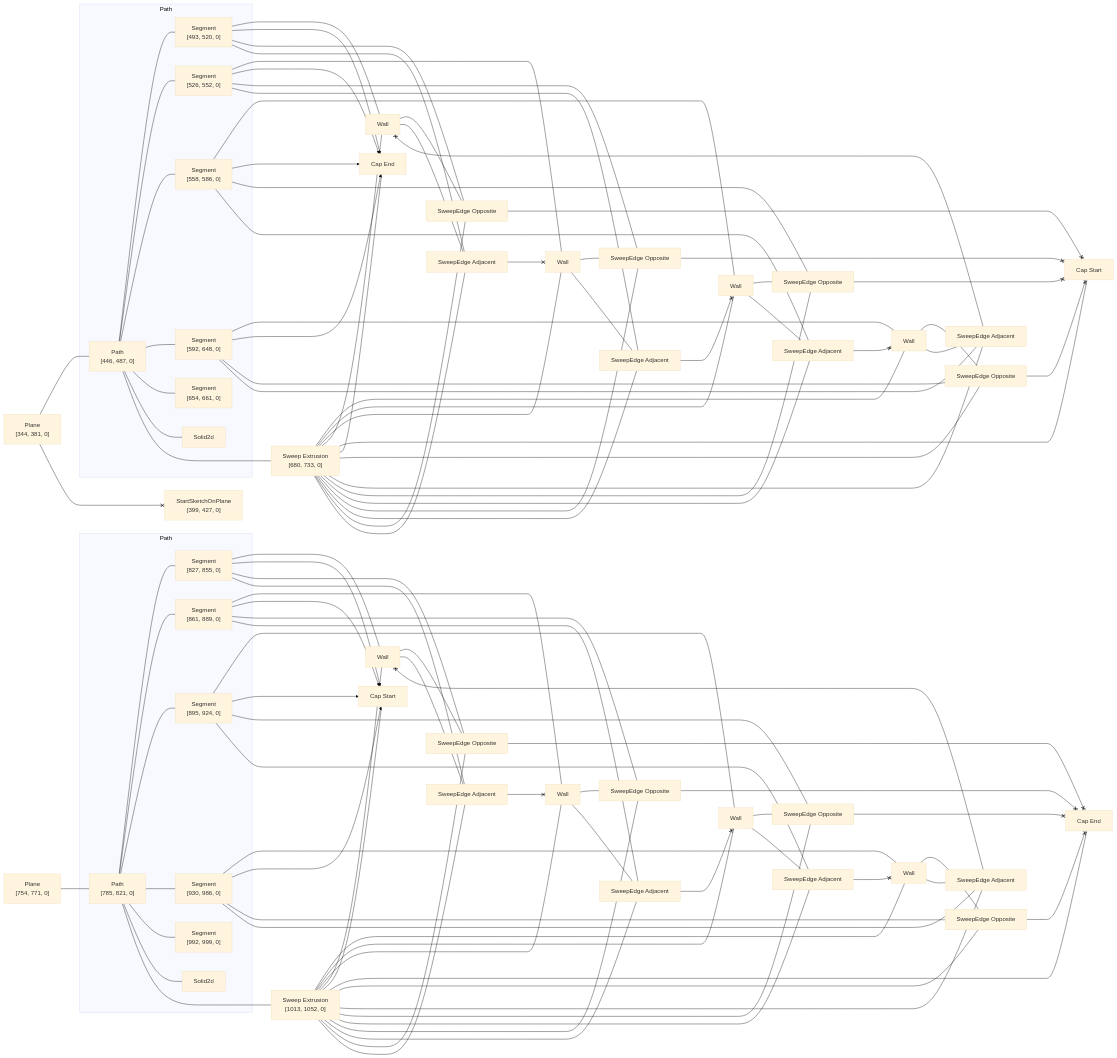
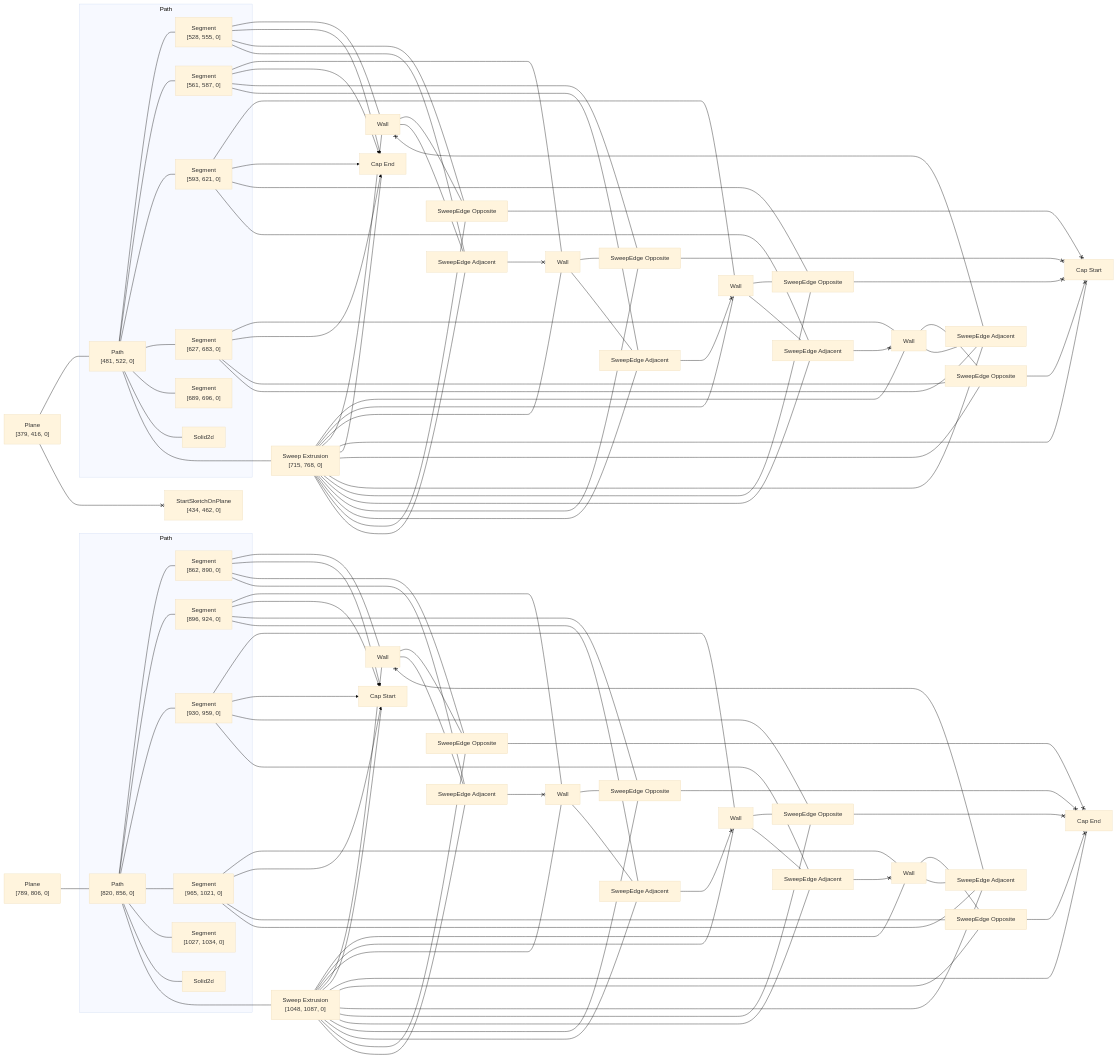
One commit to KittyCAD/modeling-app changed the diagram in rust/kcl-lib/tests/kcl_samples/rectangle-table/artifact_graph_flowchart.snap.md. Above: the diagram before and after it, drawn with Mermaid (base theme). The commit also changed 319 other files, not shown here.

````diff
--- a/rust/kcl-lib/tests/kcl_samples/rectangle-table/artifact_graph_flowchart.snap.md
+++ b/rust/kcl-lib/tests/kcl_samples/rectangle-table/artifact_graph_flowchart.snap.md
@@ -1,38 +1,38 @@
 ```mermaid
 flowchart LR
   subgraph path2 [Path]
-    2["Path<br>[446, 487, 0]"]
+    2["Path<br>[481, 522, 0]"]
       %% [ProgramBodyItem { index: 8 }, VariableDeclarationDeclaration, VariableDeclarationInit, PipeBodyItem { index: 0 }]
-    3["Segment<br>[493, 520, 0]"]
+    3["Segment<br>[528, 555, 0]"]
       %% [ProgramBodyItem { index: 8 }, VariableDeclarationDeclaration, VariableDeclarationInit, PipeBodyItem { index: 1 }]
-    4["Segment<br>[526, 552, 0]"]
+    4["Segment<br>[561, 587, 0]"]
       %% [ProgramBodyItem { index: 8 }, VariableDeclarationDeclaration, VariableDeclarationInit, PipeBodyItem { index: 2 }]
-    5["Segment<br>[558, 586, 0]"]
+    5["Segment<br>[593, 621, 0]"]
       %% [ProgramBodyItem { index: 8 }, VariableDeclarationDeclaration, VariableDeclarationInit, PipeBodyItem { index: 3 }]
-    6["Segment<br>[592, 648, 0]"]
+    6["Segment<br>[627, 683, 0]"]
       %% [ProgramBodyItem { index: 8 }, VariableDeclarationDeclaration, VariableDeclarationInit, PipeBodyItem { index: 4 }]
-    7["Segment<br>[654, 661, 0]"]
+    7["Segment<br>[689, 696, 0]"]
       %% [ProgramBodyItem { index: 8 }, VariableDeclarationDeclaration, VariableDeclarationInit, PipeBodyItem { index: 5 }]
     8[Solid2d]
   end
   subgraph path25 [Path]
-    25["Path<br>[785, 821, 0]"]
+    25["Path<br>[820, 856, 0]"]
       %% [ProgramBodyItem { index: 11 }, VariableDeclarationDeclaration, VariableDeclarationInit, PipeBodyItem { index: 0 }]
-    26["Segment<br>[827, 855, 0]"]
+    26["Segment<br>[862, 890, 0]"]
       %% [ProgramBodyItem { index: 11 }, VariableDeclarationDeclaration, VariableDeclarationInit, PipeBodyItem { index: 1 }]
-    27["Segment<br>[861, 889, 0]"]
+    27["Segment<br>[896, 924, 0]"]
       %% [ProgramBodyItem { index: 11 }, VariableDeclarationDeclaration, VariableDeclarationInit, PipeBodyItem { index: 2 }]
-    28["Segment<br>[895, 924, 0]"]
+    28["Segment<br>[930, 959, 0]"]
       %% [ProgramBodyItem { index: 11 }, VariableDeclarationDeclaration, VariableDeclarationInit, PipeBodyItem { index: 3 }]
-    29["Segment<br>[930, 986, 0]"]
+    29["Segment<br>[965, 1021, 0]"]
       %% [ProgramBodyItem { index: 11 }, VariableDeclarationDeclaration, VariableDeclarationInit, PipeBodyItem { index: 4 }]
-    30["Segment<br>[992, 999, 0]"]
+    30["Segment<br>[1027, 1034, 0]"]
       %% [ProgramBodyItem { index: 11 }, VariableDeclarationDeclaration, VariableDeclarationInit, PipeBodyItem { index: 5 }]
     31[Solid2d]
   end
-  1["Plane<br>[344, 381, 0]"]
+  1["Plane<br>[379, 416, 0]"]
     %% [ProgramBodyItem { index: 6 }, VariableDeclarationDeclaration, VariableDeclarationInit]
-  9["Sweep Extrusion<br>[680, 733, 0]"]
+  9["Sweep Extrusion<br>[715, 768, 0]"]
     %% [ProgramBodyItem { index: 9 }, VariableDeclarationDeclaration, VariableDeclarationInit]
   10[Wall]
     %% face_code_ref=Missing NodePath
@@ -54,9 +54,9 @@
   21["SweepEdge Adjacent"]
   22["SweepEdge Opposite"]
   23["SweepEdge Adjacent"]
-  24["Plane<br>[754, 771, 0]"]
+  24["Plane<br>[789, 806, 0]"]
     %% [ProgramBodyItem { index: 10 }, VariableDeclarationDeclaration, VariableDeclarationInit]
-  32["Sweep Extrusion<br>[1013, 1052, 0]"]
+  32["Sweep Extrusion<br>[1048, 1087, 0]"]
     %% [ProgramBodyItem { index: 12 }, VariableDeclarationDeclaration, VariableDeclarationInit]
   33[Wall]
     %% face_code_ref=Missing NodePath
@@ -78,7 +78,7 @@
   44["SweepEdge Adjacent"]
   45["SweepEdge Opposite"]
   46["SweepEdge Adjacent"]
-  47["StartSketchOnPlane<br>[399, 427, 0]"]
+  47["StartSketchOnPlane<br>[434, 462, 0]"]
     %% [ProgramBodyItem { index: 7 }, VariableDeclarationDeclaration, VariableDeclarationInit]
   1 --- 2
   1 <--x 47
````
